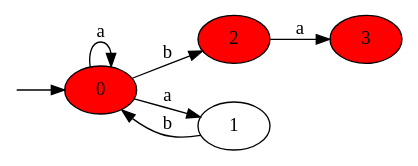
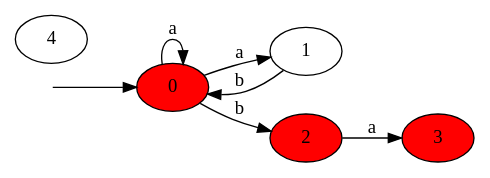
Before and after one commit to Nerfiti/MIPT_FORMAL_AUTOMATON_ALGORITHMS: the diagram in graph/automaton_0.dot, drawn with Graphviz. The commit also changed 15 other files, not shown here.

```diff
--- a/graph/automaton_0.dot
+++ b/graph/automaton_0.dot
@@ -1,14 +1,16 @@
 digraph {
 rankdir=LR
 fictitious [shape=point, label="", width=0, height=0]
 
 fictitious -> 0
 0 [fillcolor=red, style=filled]
+1
 2 [fillcolor=red, style=filled]
 3 [fillcolor=red, style=filled]
+4
 0 -> 2 [label=b]
 2 -> 3 [label=a]
 0 -> 0 [label=a]
 0 -> 1 [label=a]
 1 -> 0 [label=b]
 }
```
